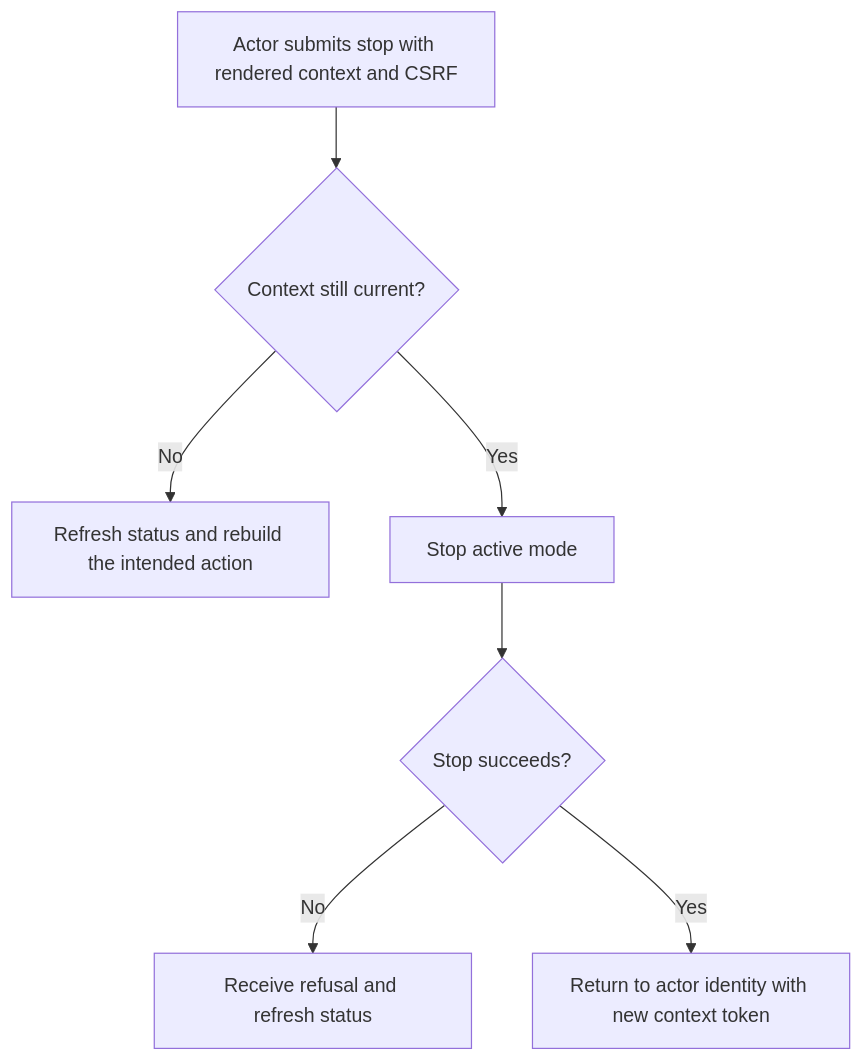
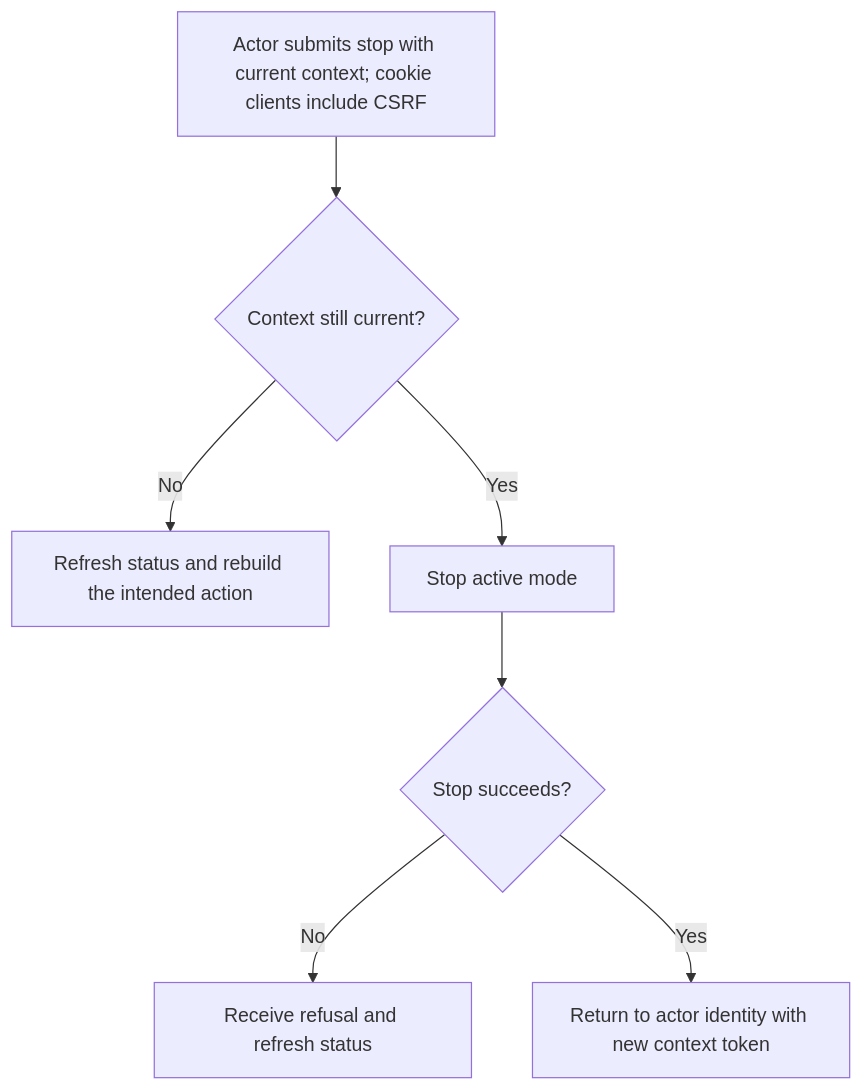
The first of 2 diagrams in user-stories/start-stop-mode/us-actor-04-stop-mode.md (Kevinjohn/oss-adonisjs-masquerade), drawn with Mermaid before and after one commit. The commit also changed other lines of this file and 14 other files, not shown here.

````diff
--- a/user-stories/start-stop-mode/us-actor-04-stop-mode.md
+++ b/user-stories/start-stop-mode/us-actor-04-stop-mode.md
@@ -27,9 +27,9 @@
 ```mermaid
 flowchart TD
-    A["Actor submits stop with rendered context and CSRF"] --> B{"Context still current?"}
+    A["Actor submits stop with current context; cookie clients include CSRF"] --> B{"Context still current?"}
     B -->|No| C["Refresh status and rebuild the intended action"]
     B -->|Yes| D["Stop active mode"]
     D --> E{"Stop succeeds?"}
     E -->|No| F["Receive refusal and refresh status"]
     E -->|Yes| G["Return to actor identity with new context token"]
 ```
````
